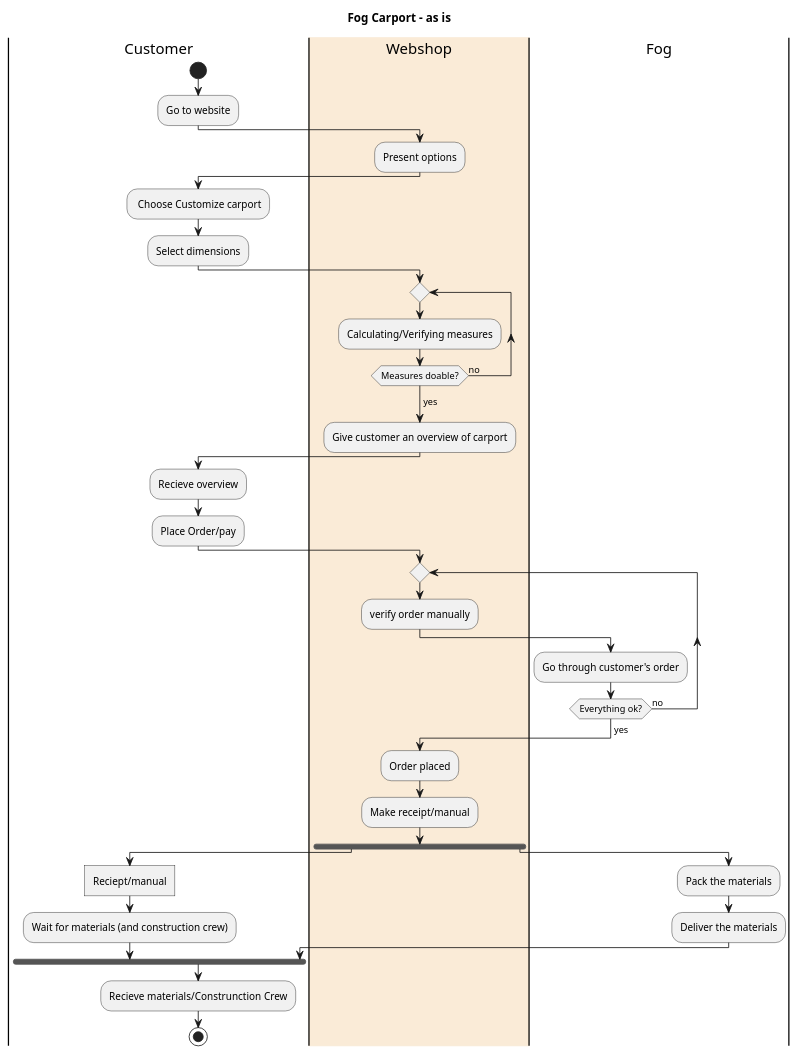
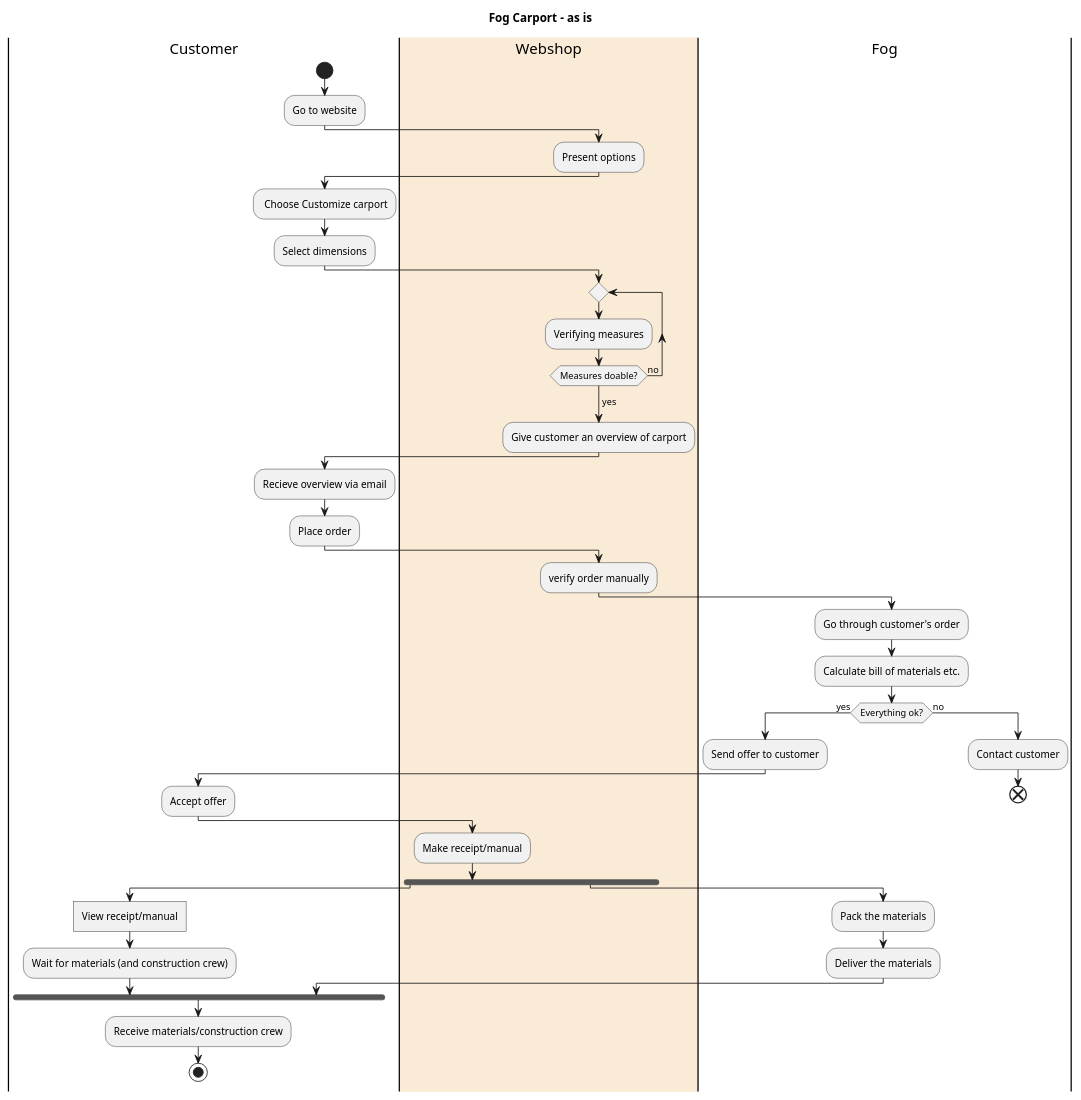
The diagram in src/main/Diagrams/Activity diagram as is.puml (benskov95/Fog_Carport_Bornit), drawn with PlantUML before and after one commit. The commit also changed 7 other files, not shown here.

```diff
--- a/src/main/Diagrams/Activity diagram as is.puml
+++ b/src/main/Diagrams/Activity diagram as is.puml
@@ -1,42 +1,50 @@
 @startuml
 Title Fog Carport - as is
 |Customer|
 start
 :Go to website;
 |#AntiqueWhite|Webshop|
 :Present options;
 |Customer|
 : Choose Customize carport;
 :Select dimensions;
 |Webshop|
 repeat
-:Calculating/Verifying measures;
+:Verifying measures;
 repeat while (Measures doable?) is (no)
 ->yes;
 :Give customer an overview of carport;
 |Customer|
-:Recieve overview;
-:Place Order/pay;
+:Recieve overview via email;
+:Place order;
 |Webshop|
-repeat
 :verify order manually;
 |Fog|
 :Go through customer's order;
-repeat while (Everything ok?) is (no)
+:Calculate bill of materials etc.;
+if (Everything ok?) then
 ->yes;
+|Fog|
+:Send offer to customer;
+|Customer|
+:Accept offer;
 |Webshop|
-:Order placed;
 :Make receipt/manual;
 fork
 |Customer|
-:Reciept/manual]
+:View receipt/manual]
 :Wait for materials (and construction crew);
 fork again
 |Fog|
 :Pack the materials;
 :Deliver the materials;
 |Customer|
 end fork
-:Recieve materials/Construnction Crew;
+:Receive materials/construction crew;
 stop
+else
+->no;
+|Fog|
+:Contact customer;
+end
 @enduml
```
